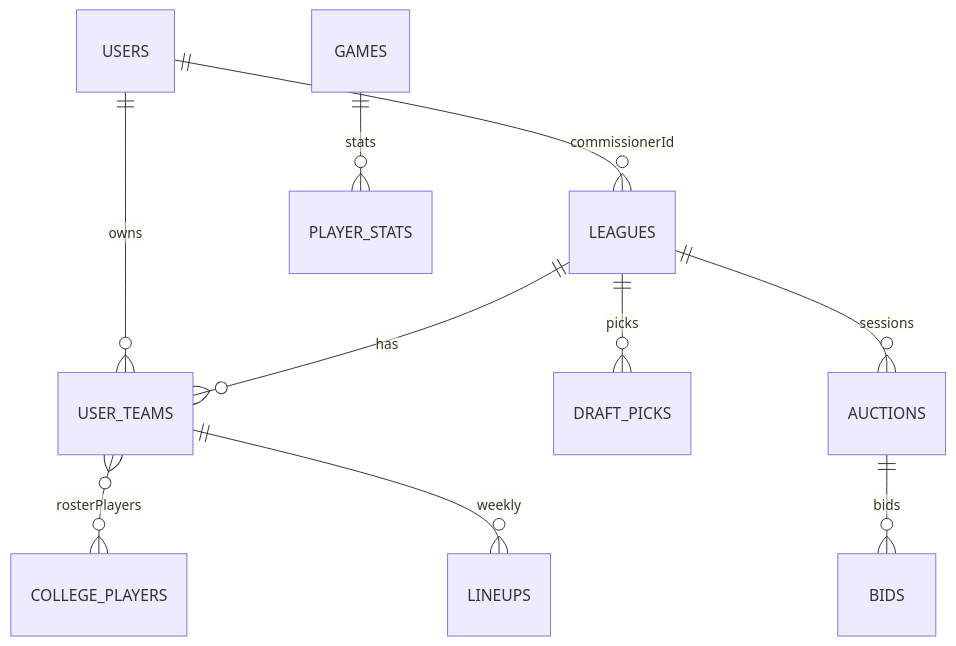
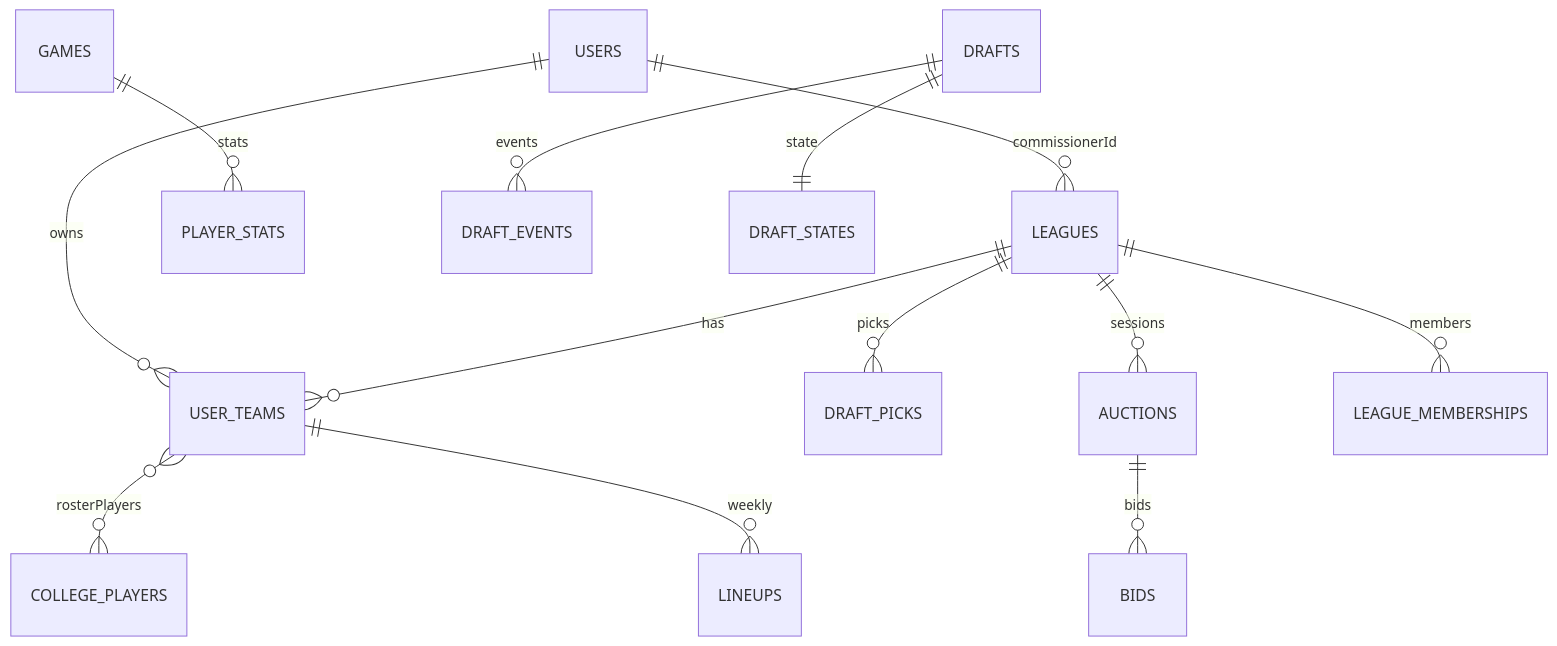
One commit to kpm34/college-football-fantasy-app changed the diagram in docs/SYSTEM_MAP.md. Above: the diagram before and after it, drawn with Mermaid. The commit also changed 1 other file, not shown here.

Commit message:
docs(mermaid): reflect /api/drafts/* endpoints and new collections (league_memberships, draft_events, draft_states)

````diff
--- a/docs/SYSTEM_MAP.md
+++ b/docs/SYSTEM_MAP.md
@@ -3,12 +3,15 @@
 ```mermaid
 erDiagram
   USERS ||--o{ LEAGUES : "commissionerId"
   USERS ||--o{ USER_TEAMS : "owns"
   LEAGUES ||--o{ USER_TEAMS : "has"
   USER_TEAMS }o--o{ COLLEGE_PLAYERS : "rosterPlayers"
   LEAGUES ||--o{ DRAFT_PICKS : "picks"
   LEAGUES ||--o{ AUCTIONS : "sessions"
   AUCTIONS ||--o{ BIDS : "bids"
+  LEAGUES ||--o{ LEAGUE_MEMBERSHIPS : "members"
   GAMES ||--o{ PLAYER_STATS : "stats"
   USER_TEAMS ||--o{ LINEUPS : "weekly"
+  DRAFTS ||--o{ DRAFT_EVENTS : "events"
+  DRAFTS ||--|| DRAFT_STATES : "state"
 ```
````
